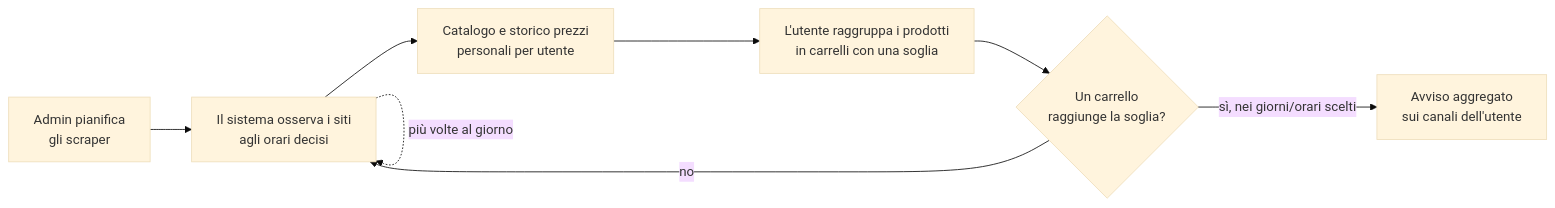
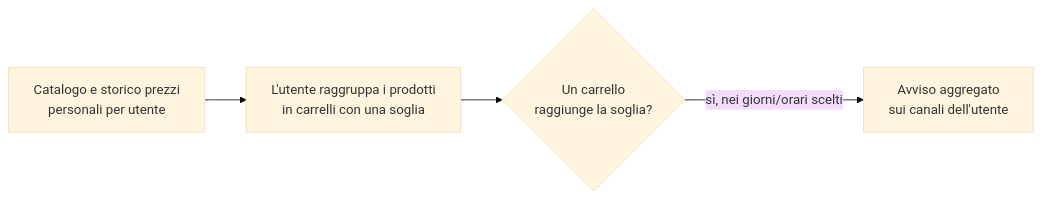
The second of 2 diagrams in docs-ita/1-business/product-overview.md (caporalesimone/watch-em-all), drawn with Mermaid (base theme) before and after one commit. The commit also changed other lines of this file and 11 other files, not shown here.

````diff
--- a/docs-ita/1-business/product-overview.md
+++ b/docs-ita/1-business/product-overview.md
@@ -41,10 +33,6 @@
 ```mermaid
 flowchart LR
-    A[Admin pianifica<br/>gli scraper] --> B[Il sistema osserva i siti<br/>agli orari decisi]
-    B --> C[Catalogo e storico prezzi<br/>personali per utente]
-    C --> D[L'utente raggruppa i prodotti<br/>in carrelli con una soglia]
+    C[Catalogo e storico prezzi<br/>personali per utente] --> D[L'utente raggruppa i prodotti<br/>in carrelli con una soglia]
     D --> E{Un carrello<br/>raggiunge la soglia?}
     E -->|sì, nei giorni/orari scelti| F[Avviso aggregato<br/>sui canali dell'utente]
-    E -->|no| B
-    B -. più volte al giorno .-> B
 ```
````
